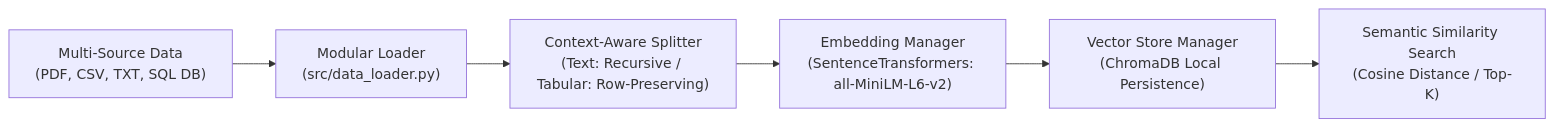
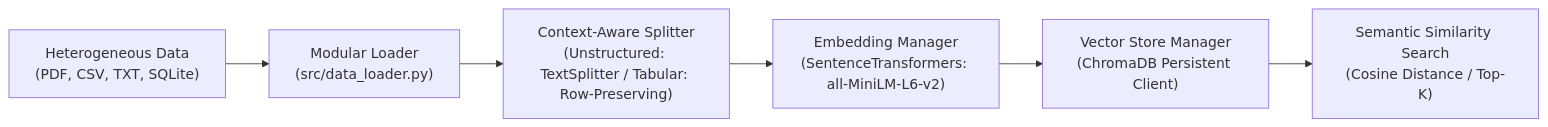
The second of 2 diagrams in README.md (Dilshan118/Hands-On-RAG), drawn with Mermaid before and after one commit. The commit also changed other lines of this file and 3 other files, not shown here.

Commit message:
docs: rephrase and professionalize documentation and architectural descriptions across project READMEs and tutorials.

````diff
--- a/README.md
+++ b/README.md
@@ -73,8 +76,8 @@
 ```mermaid
 graph LR
-    Sources["Multi-Source Data\n(PDF, CSV, TXT, SQL DB)"] --> Loader["Modular Loader\n(src/data_loader.py)"]
-    Loader --> Chunker["Context-Aware Splitter\n(Text: Recursive / Tabular: Row-Preserving)"]
+    Sources["Heterogeneous Data\n(PDF, CSV, TXT, SQLite)"] --> Loader["Modular Loader\n(src/data_loader.py)"]
+    Loader --> Chunker["Context-Aware Splitter\n(Unstructured: TextSplitter / Tabular: Row-Preserving)"]
     Chunker --> Embedder["Embedding Manager\n(SentenceTransformers: all-MiniLM-L6-v2)"]
-    Embedder --> VectorStore["Vector Store Manager\n(ChromaDB Local Persistence)"]
+    Embedder --> VectorStore["Vector Store Manager\n(ChromaDB Persistent Client)"]
     VectorStore --> Search["Semantic Similarity Search\n(Cosine Distance / Top-K)"]
 ```
````
